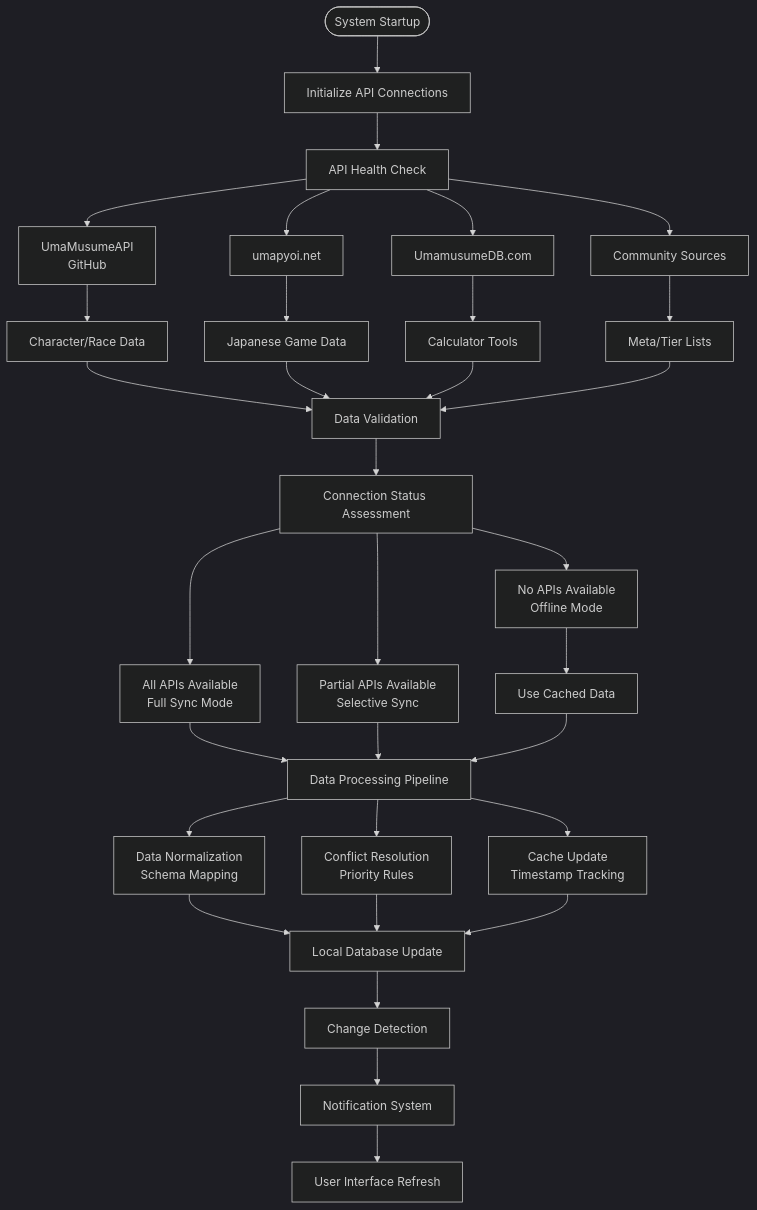
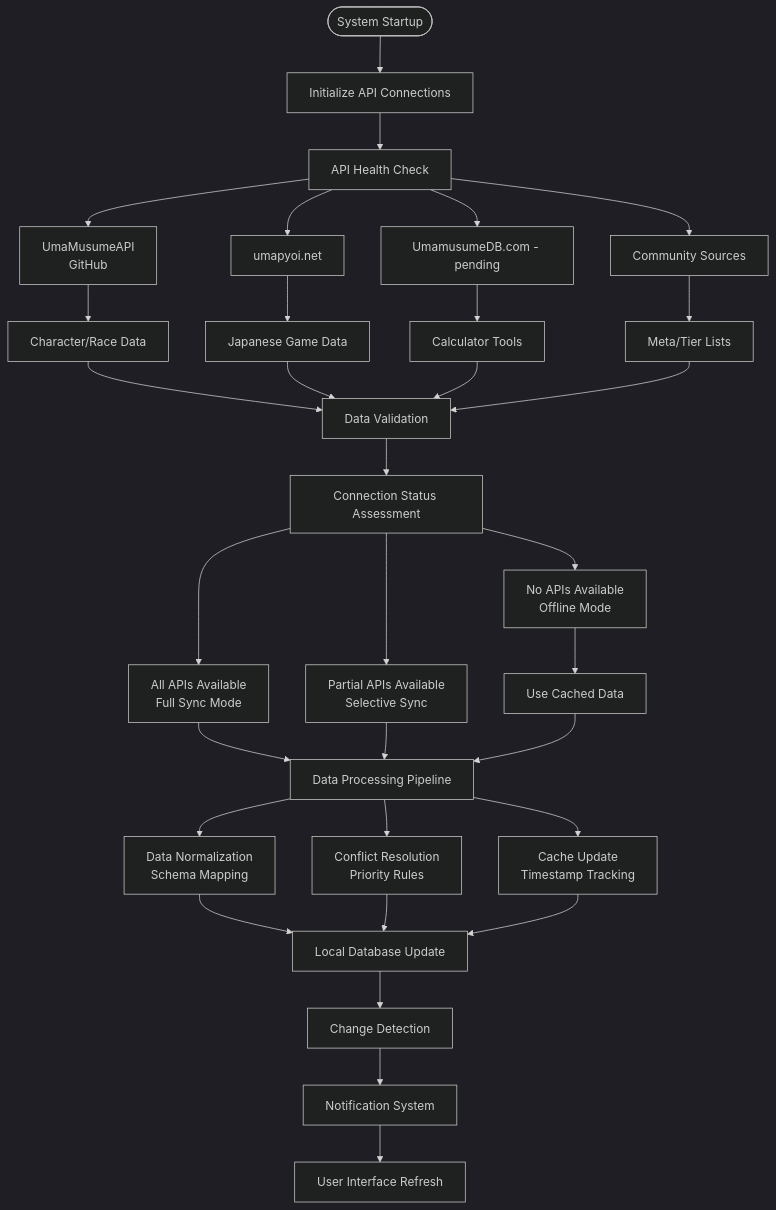
One commit to exatfrds67/umamusume-career-planner changed the first of 5 diagrams in docs/system-process-flow-diagrams.md. Above: the diagram before and after it, drawn with Mermaid (dark theme). The commit also changed other lines of this file and 72 other files, not shown here.

````diff
--- a/docs/system-process-flow-diagrams.md
+++ b/docs/system-process-flow-diagrams.md
@@ -60,44 +60,44 @@
 ```mermaid
 flowchart TD
     SystemStartup([System Startup]) --> InitAPI[Initialize API Connections]
     InitAPI --> APIHealthCheck[API Health Check]
-    
+
     APIHealthCheck --> UmaMusumeAPI[UmaMusumeAPI<br/>GitHub]
     APIHealthCheck --> Umapyoi[umapyoi.net]
-    APIHealthCheck --> UmamusumeDB[UmamusumeDB.com]
+    APIHealthCheck --> UmamusumeDB[UmamusumeDB.com - pending]
     APIHealthCheck --> CommunityAPI[Community Sources]
-    
+
     UmaMusumeAPI --> CharacterRaceData[Character/Race Data]
     Umapyoi --> JapaneseGameData[Japanese Game Data]
     UmamusumeDB --> CalculatorTools[Calculator Tools]
     CommunityAPI --> MetaTierLists[Meta/Tier Lists]
-    
+
     CharacterRaceData --> DataValidation[Data Validation]
     JapaneseGameData --> DataValidation
     CalculatorTools --> DataValidation
     MetaTierLists --> DataValidation
-    
+
     DataValidation --> ConnectionStatus[Connection Status Assessment]
-    
+
     ConnectionStatus --> AllAPIs[All APIs Available<br/>Full Sync Mode]
     ConnectionStatus --> PartialAPIs[Partial APIs Available<br/>Selective Sync]
     ConnectionStatus --> NoAPIs[No APIs Available<br/>Offline Mode]
-    
+
     NoAPIs --> UseCachedData[Use Cached Data]
-    
+
     AllAPIs --> DataProcessing[Data Processing Pipeline]
     PartialAPIs --> DataProcessing
     UseCachedData --> DataProcessing
-    
+
     DataProcessing --> DataNormalization[Data Normalization<br/>Schema Mapping]
     DataProcessing --> ConflictResolution[Conflict Resolution<br/>Priority Rules]
     DataProcessing --> CacheUpdate[Cache Update<br/>Timestamp Tracking]
-    
+
     DataNormalization --> LocalDBUpdate[Local Database Update]
     ConflictResolution --> LocalDBUpdate
     CacheUpdate --> LocalDBUpdate
-    
+
     LocalDBUpdate --> ChangeDetection[Change Detection]
     ChangeDetection --> NotificationSystem[Notification System]
     NotificationSystem --> UIRefresh[User Interface Refresh]
 ```
````
